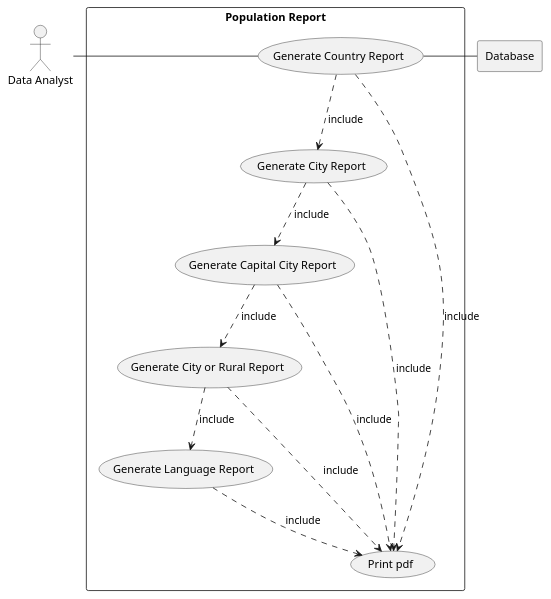
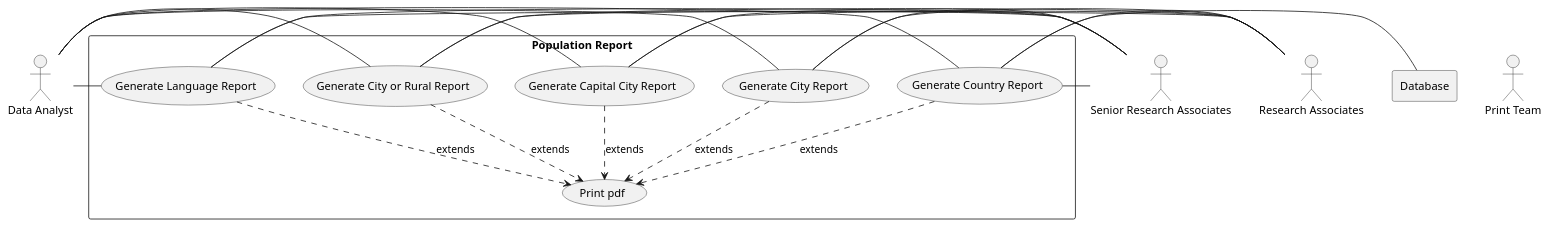
One commit to TDiggens/group-2-project changed the diagram in Use Case Diagram Population Report.puml. Above: the diagram before and after it, drawn with PlantUML.

Commit message:
Realtionships defined

```diff
--- a/Use Case Diagram Population Report.puml
+++ b/Use Case Diagram Population Report.puml
@@ -1,28 +1,45 @@
 @startuml
 
 actor DA as "Data Analyst"
+actor SR as "Senior Research Associates"
+actor RA as "Research Associates"
+
+actor PT as "Print Team"
 
 rectangle Database
 
 rectangle "Population Report" {
     usecase UC1 as "Generate Country Report"
     usecase UC2 as "Generate City Report"
     usecase UC3 as "Generate Capital City Report"
     usecase UC4 as "Generate City or Rural Report"
     usecase UC5 as "Generate Language Report"
     usecase UCa as "Print pdf"
 
     DA - UC1
-    UC1 ..>UC2 : include
-    UC2 ..>UC3 : include
-    UC3 ..>UC4 : include
-    UC4 ..>UC5 : include
-    UC1 ..>UCa : include
-    UC2 ..>UCa : include
-    UC3 ..>UCa : include
-    UC4 ..>UCa : include
-    UC5 ..>UCa : include
+    DA - UC2
+    DA - UC3
+    DA - UC4
+    DA - UC5
+
+    SR - UC1
+    SR - UC2
+    SR - UC3
+    SR - UC4
+    SR - UC5
+
+    RA - UC1
+    RA - UC2
+    RA - UC3
+    RA - UC4
+    RA - UC5
+
+    UC1 ..>UCa : extends
+    UC2 ..>UCa : extends
+    UC3 ..>UCa : extends
+    UC4 ..>UCa : extends
+    UC5 ..>UCa : extends
     UC1 - Database
 }
 
 @enduml
```
